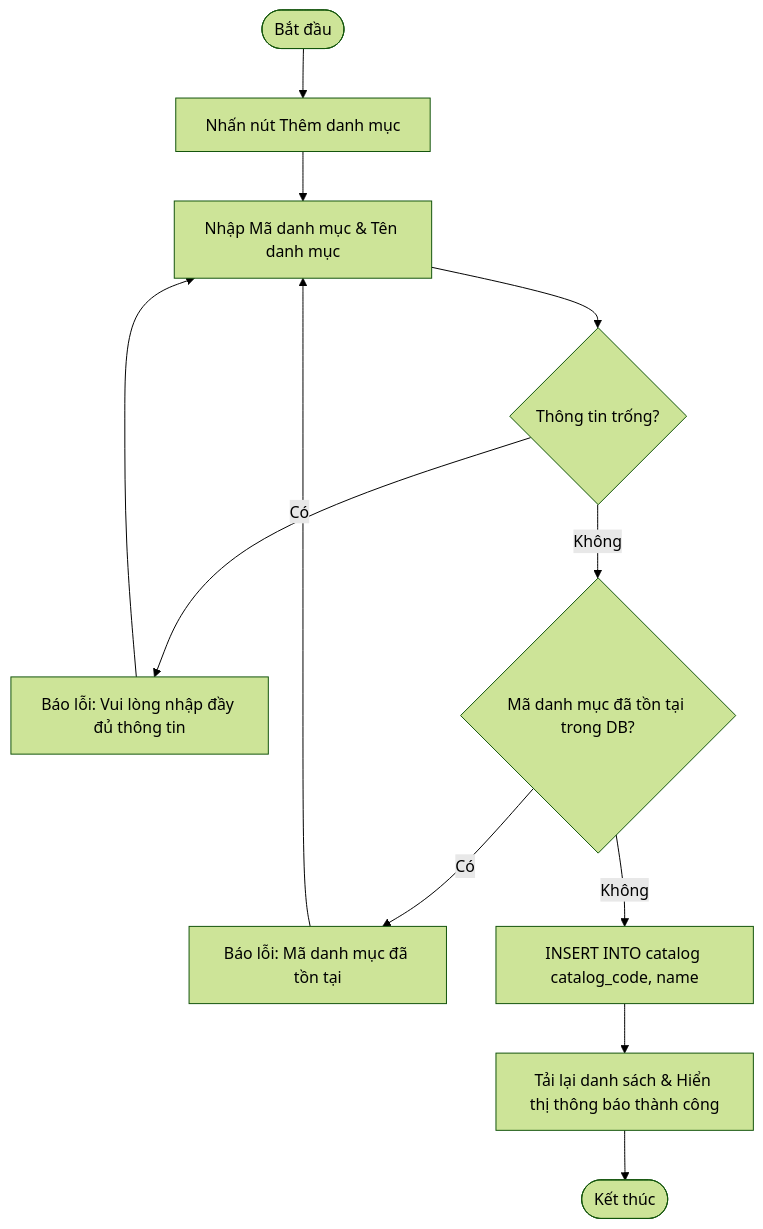
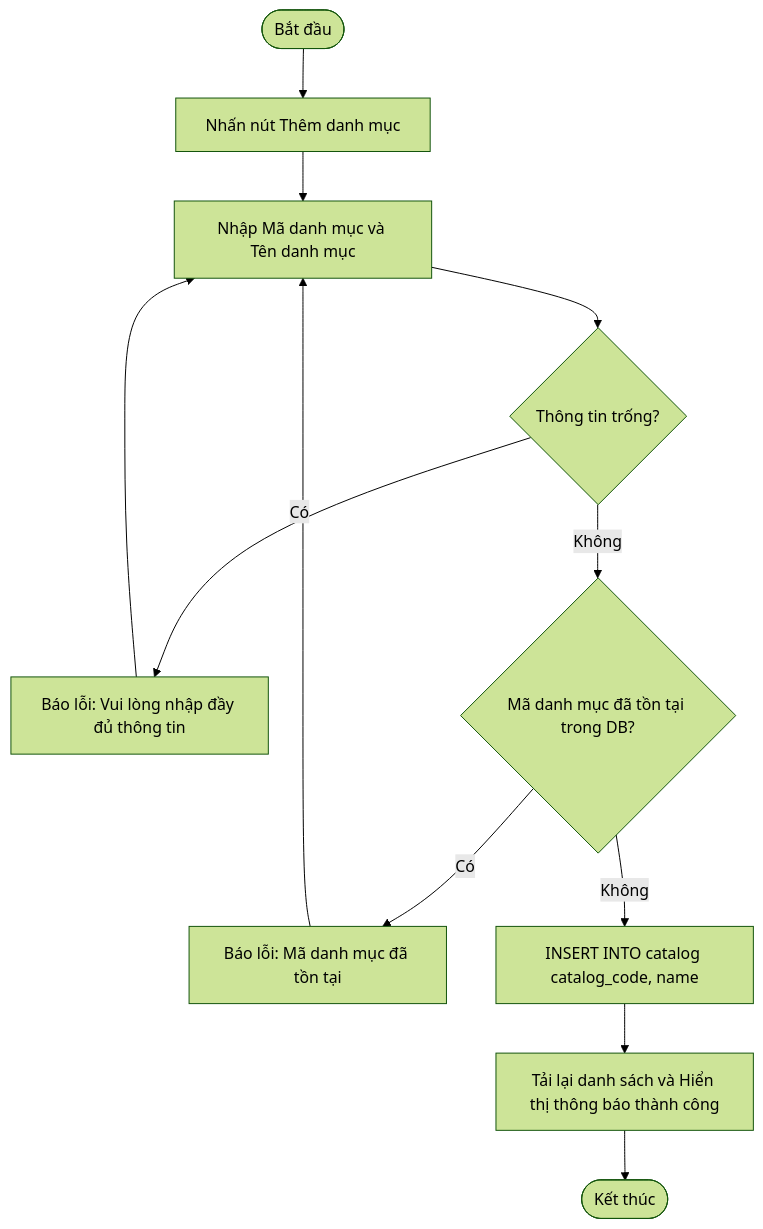
The eighth of 32 diagrams in a.md (ngocuyenle15/PIS-CNPM), drawn with Mermaid (forest theme) before and after one commit. The commit also changed other lines of this file, not shown here.

````diff
--- a/a.md
+++ b/a.md
@@ -119,11 +119,11 @@
 ```mermaid
 flowchart TD
     Start([Bắt đầu]) --> ClickAdd[Nhấn nút Thêm danh mục]
-    ClickAdd --> InputData[Nhập Mã danh mục & Tên danh mục]
+    ClickAdd --> InputData[Nhập Mã danh mục và Tên danh mục]
     InputData --> Validate{Thông tin trống?}
     Validate -- Có --> Error1[Báo lỗi: Vui lòng nhập đầy đủ thông tin] --> InputData
     Validate -- Không --> CodeCheck{Mã danh mục đã tồn tại trong DB?}
     CodeCheck -- Có --> Error2[Báo lỗi: Mã danh mục đã tồn tại] --> InputData
     CodeCheck -- Không --> InsertDB[INSERT INTO catalog catalog_code, name]
-    InsertDB --> Reload[Tải lại danh sách & Hiển thị thông báo thành công] --> End([Kết thúc])
+    InsertDB --> Reload[Tải lại danh sách và Hiển thị thông báo thành công] --> End([Kết thúc])
 ```
````
